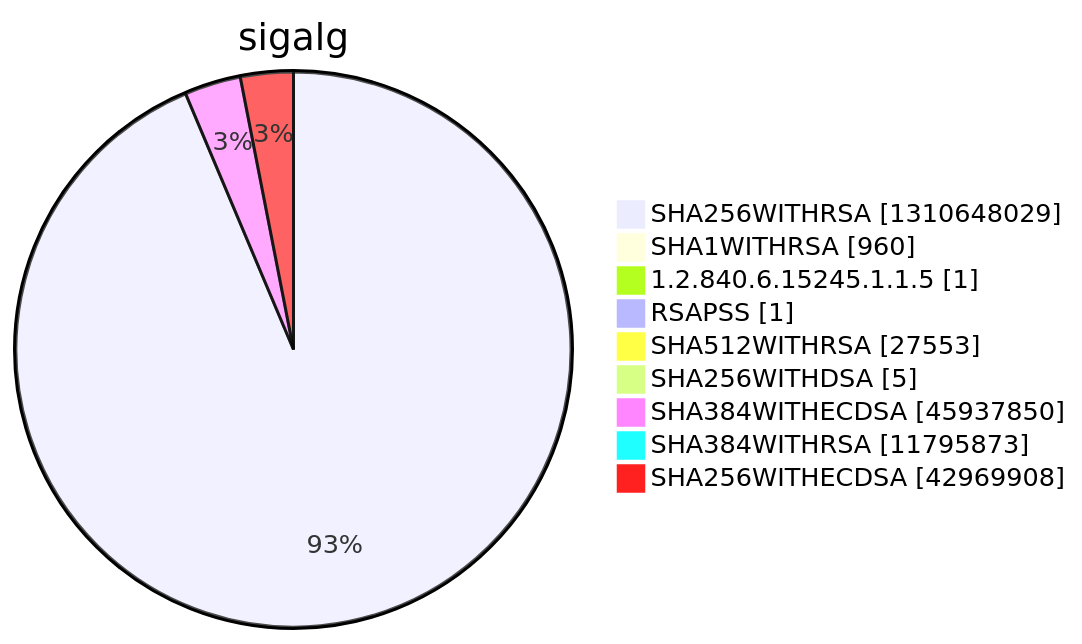
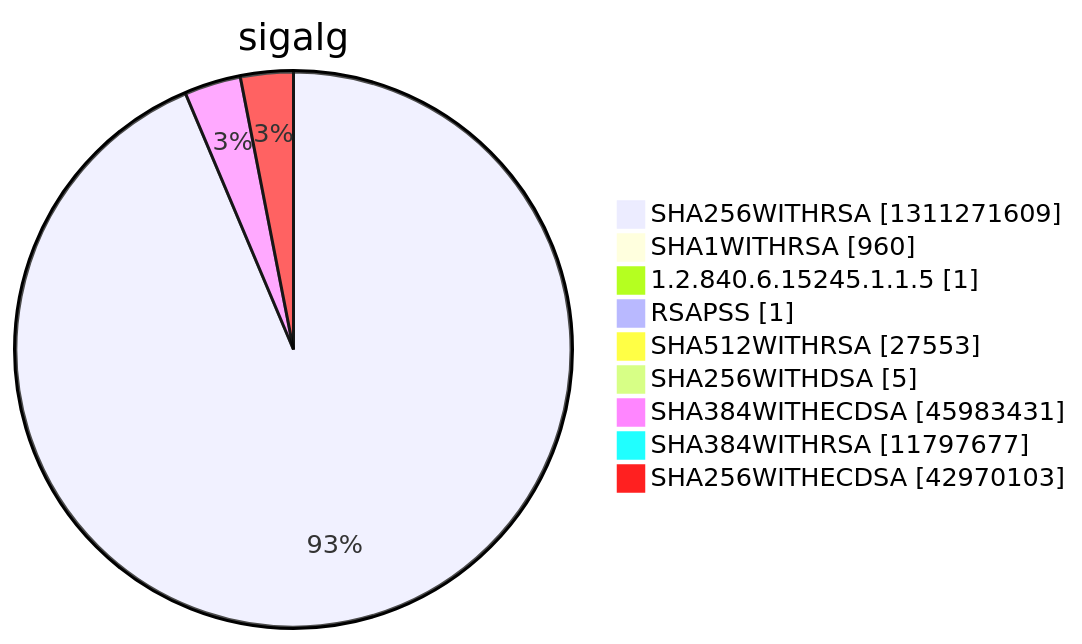
Before and after one commit to christiankrug/ctmonitor_visualization: diagram 15 of 15 in argon2022/README.md, drawn with Mermaid. The commit also changed other lines of this file, not shown here.

````diff
--- a/argon2022/README.md
+++ b/argon2022/README.md
@@ -5523,13 +5523,13 @@
 ```mermaid
 pie showData
 title sigalg
-"SHA256WITHRSA" :1310648029
+"SHA256WITHRSA" :1311271609
 "SHA1WITHRSA" :960
 "1.2.840.6.15245.1.1.5" :1
 "RSAPSS" :1
 "SHA512WITHRSA" :27553
 "SHA256WITHDSA" :5
-"SHA384WITHECDSA" :45937850
-"SHA384WITHRSA" :11795873
-"SHA256WITHECDSA" :42969908
+"SHA384WITHECDSA" :45983431
+"SHA384WITHRSA" :11797677
+"SHA256WITHECDSA" :42970103
 ```
````
